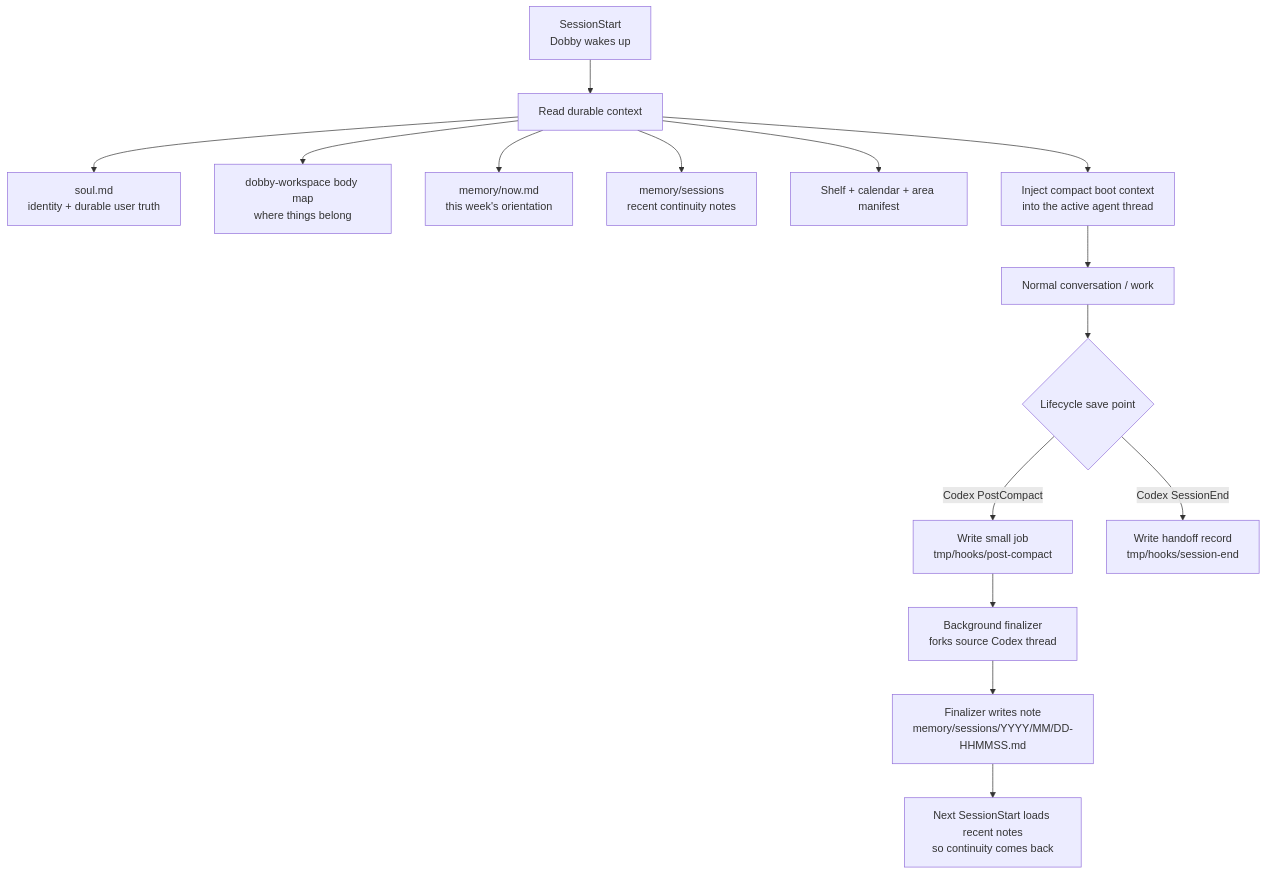
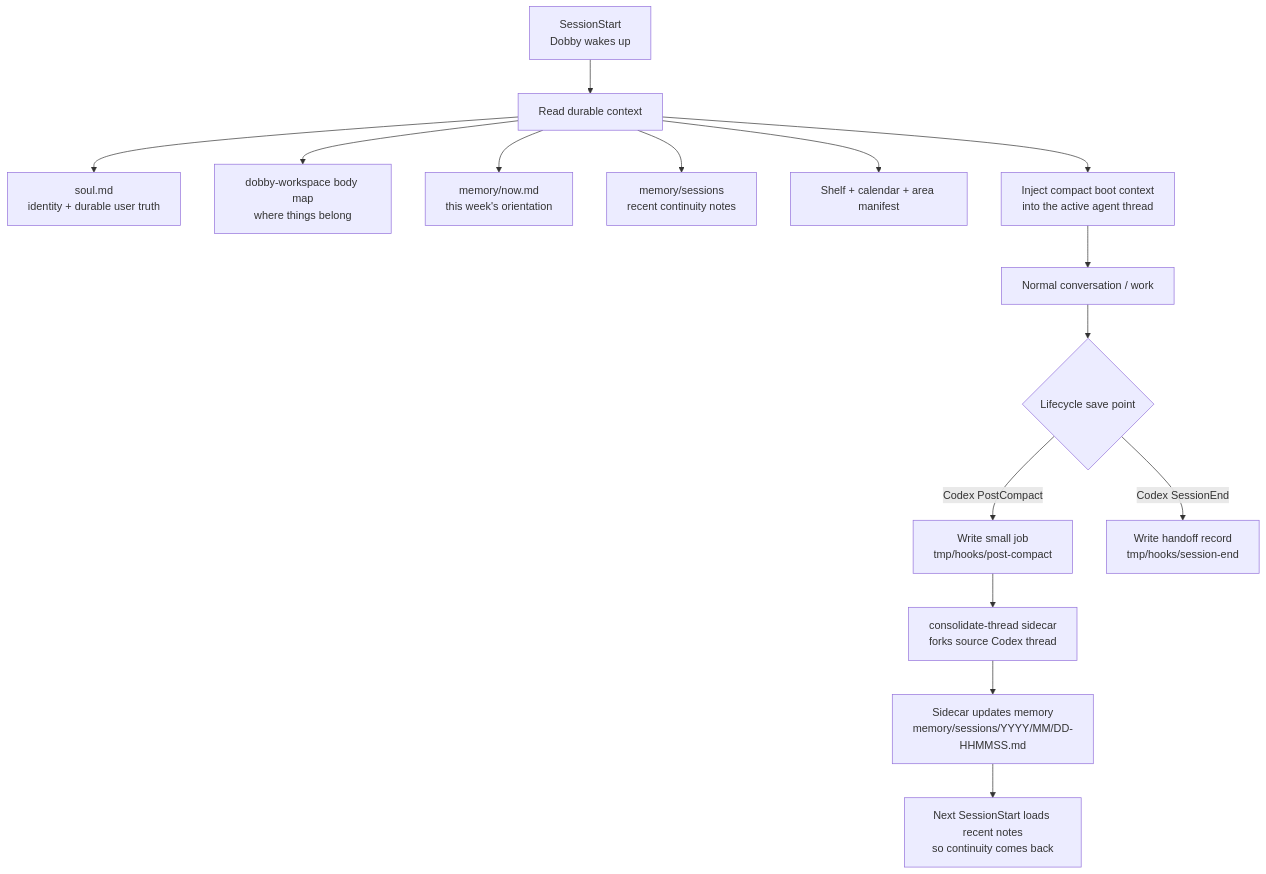
Before and after one commit to wisdom-in-a-nutshell/.agents: the diagram in skills-source/owned/dobby-lifecycle/references/lifecycle-hooks.md, drawn with Mermaid. The commit also changed other lines of this file and 1 other file, not shown here.

````diff
--- a/skills-source/owned/dobby-lifecycle/references/lifecycle-hooks.md
+++ b/skills-source/owned/dobby-lifecycle/references/lifecycle-hooks.md
@@ -8,21 +8,21 @@
 ```mermaid
 flowchart TD
     A["SessionStart<br/>Dobby wakes up"] --> B["Read durable context"]
     B --> B1["soul.md<br/>identity + durable user truth"]
     B --> B2["dobby-workspace body map<br/>where things belong"]
     B --> B3["memory/now.md<br/>this week's orientation"]
     B --> B4["memory/sessions<br/>recent continuity notes"]
     B --> B5["Shelf + calendar + area manifest"]
     B --> C["Inject compact boot context<br/>into the active agent thread"]
 
     C --> D["Normal conversation / work"]
 
     D --> E{"Lifecycle save point"}
     E -->|Codex PostCompact| F["Write small job<br/>tmp/hooks/post-compact"]
-    F --> G["Background finalizer<br/>forks source Codex thread"]
-    G --> H["Finalizer writes note<br/>memory/sessions/YYYY/MM/DD-HHMMSS.md"]
+    F --> G["consolidate-thread sidecar<br/>forks source Codex thread"]
+    G --> H["Sidecar updates memory<br/>memory/sessions/YYYY/MM/DD-HHMMSS.md"]
 
     E -->|Codex SessionEnd| I["Write handoff record<br/>tmp/hooks/session-end"]
 
     H --> K["Next SessionStart loads recent notes<br/>so continuity comes back"]
 ```
````
